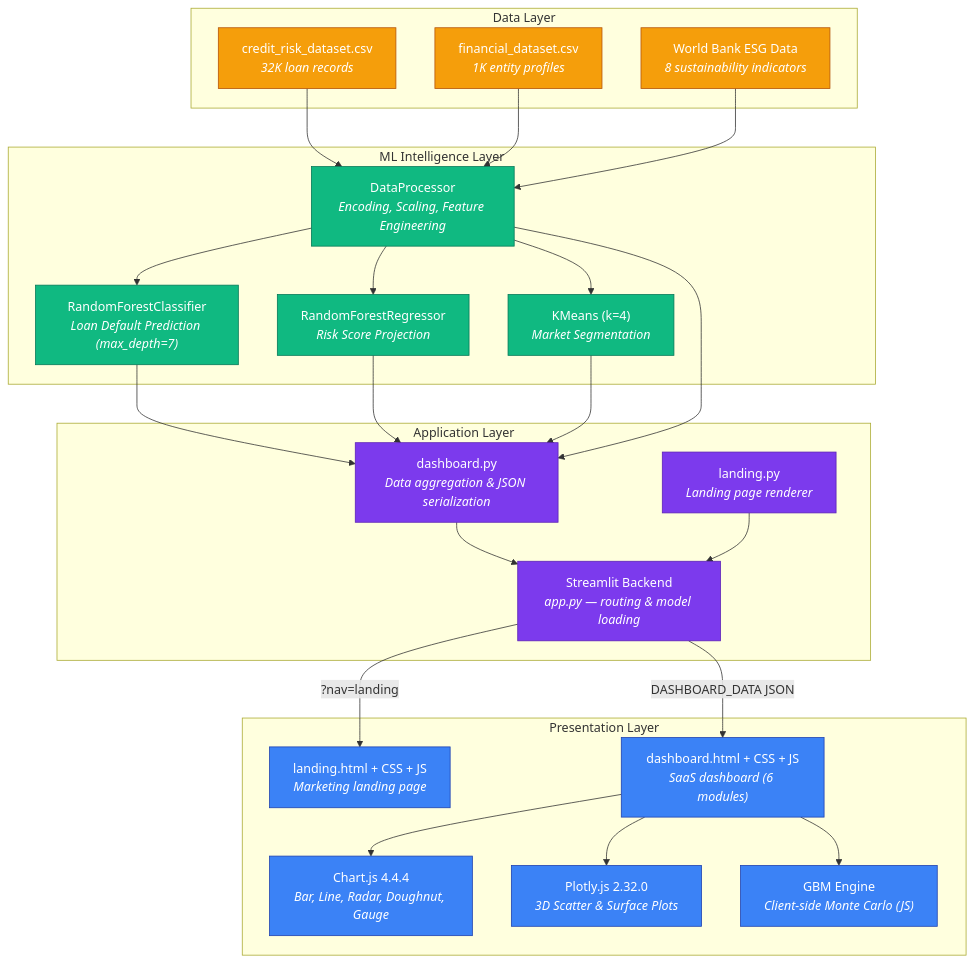
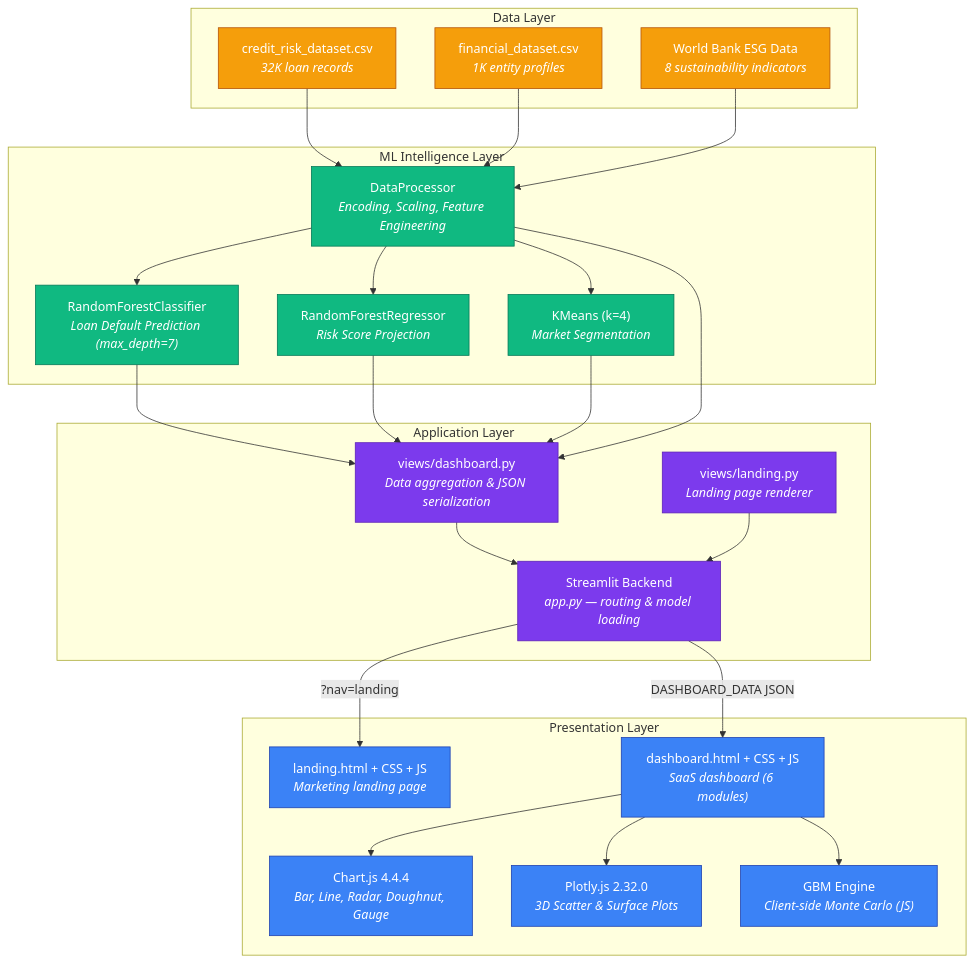
The second of 2 diagrams in README.md (Vaibhav-S-Gowda/AI-Driven-Financial-Risk-Analysis-for-Sustainable-Economic-Growth), drawn with Mermaid before and after one commit. The commit also changed other lines of this file and 5 other files, not shown here.

````diff
--- a/README.md
+++ b/README.md
@@ -130,46 +130,46 @@
 ```mermaid
 graph TD
     subgraph "Data Layer"
         CR["credit_risk_dataset.csv<br/><i>32K loan records</i>"]:::data
         FD["financial_dataset.csv<br/><i>1K entity profiles</i>"]:::data
         ESG["World Bank ESG Data<br/><i>8 sustainability indicators</i>"]:::data
     end
 
     subgraph "ML Intelligence Layer"
         DP["DataProcessor<br/><i>Encoding, Scaling, Feature Engineering</i>"]:::backend
         RFC["RandomForestClassifier<br/><i>Loan Default Prediction (max_depth=7)</i>"]:::backend
         RFR["RandomForestRegressor<br/><i>Risk Score Projection</i>"]:::backend
         KM["KMeans (k=4)<br/><i>Market Segmentation</i>"]:::backend
     end
 
     subgraph "Application Layer"
         APP["Streamlit Backend<br/><i>app.py — routing & model loading</i>"]:::server
-        DASH["dashboard.py<br/><i>Data aggregation & JSON serialization</i>"]:::server
-        LAND["landing.py<br/><i>Landing page renderer</i>"]:::server
+        DASH["views/dashboard.py<br/><i>Data aggregation & JSON serialization</i>"]:::server
+        LAND["views/landing.py<br/><i>Landing page renderer</i>"]:::server
     end
 
     subgraph "Presentation Layer"
         LP["landing.html + CSS + JS<br/><i>Marketing landing page</i>"]:::frontend
         HTML["dashboard.html + CSS + JS<br/><i>SaaS dashboard (6 modules)</i>"]:::frontend
         CJS["Chart.js 4.4.4<br/><i>Bar, Line, Radar, Doughnut, Gauge</i>"]:::frontend
         PLT["Plotly.js 2.32.0<br/><i>3D Scatter & Surface Plots</i>"]:::frontend
         GBM["GBM Engine<br/><i>Client-side Monte Carlo (JS)</i>"]:::frontend
     end
 
     CR --> DP
     FD --> DP
     ESG --> DP
     DP --> RFC & RFR & KM
     RFC & RFR & KM --> DASH
     DP --> DASH
     DASH --> APP
     LAND --> APP
     APP -- "?nav=landing" --> LP
     APP -- "DASHBOARD_DATA JSON" --> HTML
     HTML --> CJS & PLT & GBM
 
     classDef data fill:#F59E0B,stroke:#B45309,color:#fff
     classDef backend fill:#10B981,stroke:#047857,color:#fff
     classDef server fill:#7C3AED,stroke:#5B21B6,color:#fff
     classDef frontend fill:#3B82F6,stroke:#1E40AF,color:#fff
 ```
````
